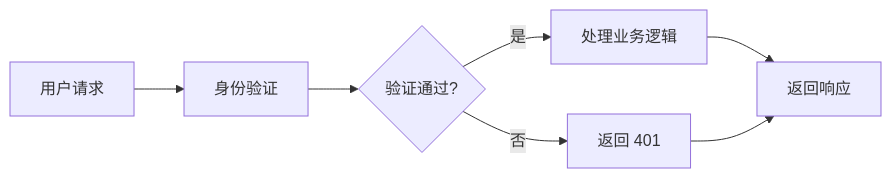
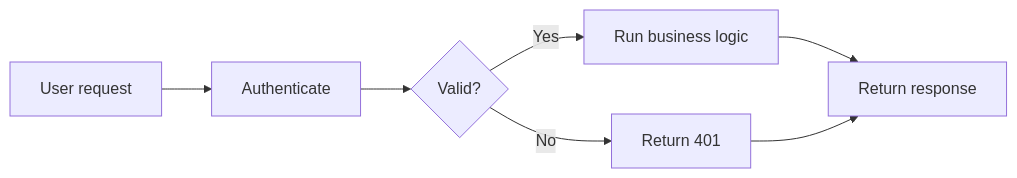
Before and after one commit to nx-fi/gitomi: the second of 7 diagrams in cli/tests/TEST_MARKDOWN.md, drawn with Mermaid. The commit also changed other lines of this file and 6 other files, not shown here.

````diff
--- a/cli/tests/TEST_MARKDOWN.md
+++ b/cli/tests/TEST_MARKDOWN.md
@@ -423,9 +477,9 @@
 ```mermaid
 flowchart LR
-    A[用户请求] --> B[身份验证]
-    B --> C{验证通过?}
-    C -->|是| D[处理业务逻辑]
-    C -->|否| E[返回 401]
-    D --> F[返回响应]
+    A[User request] --> B[Authenticate]
+    B --> C{Valid?}
+    C -->|Yes| D[Run business logic]
+    C -->|No| E[Return 401]
+    D --> F[Return response]
     E --> F
 ```
````
